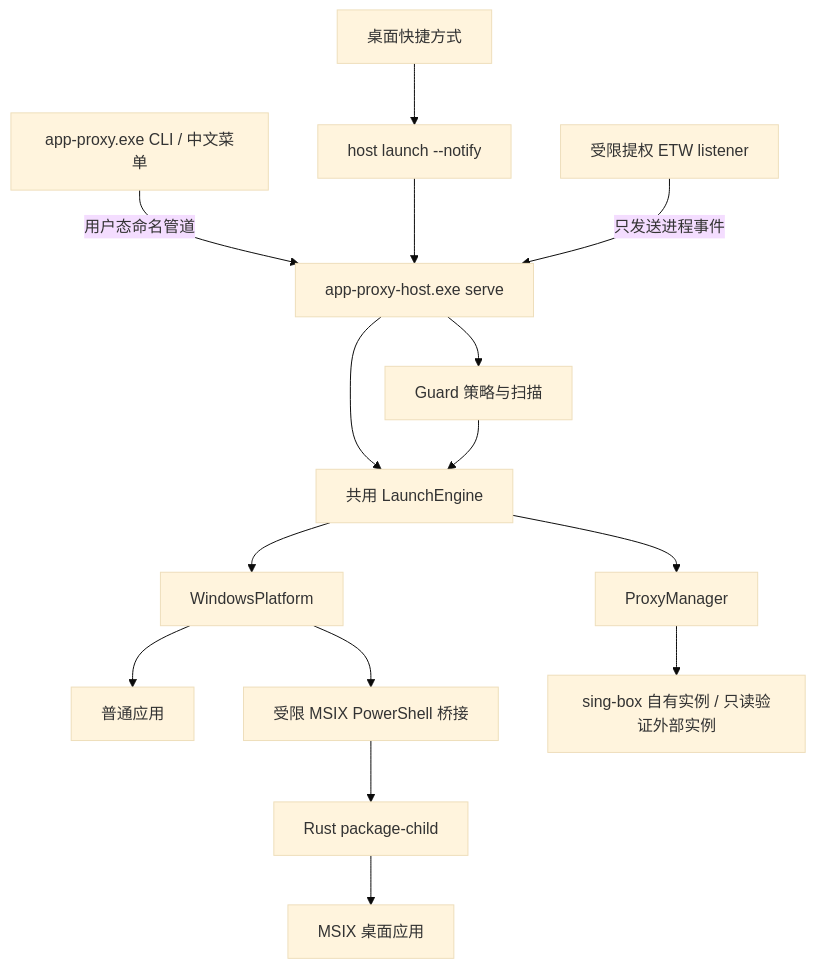
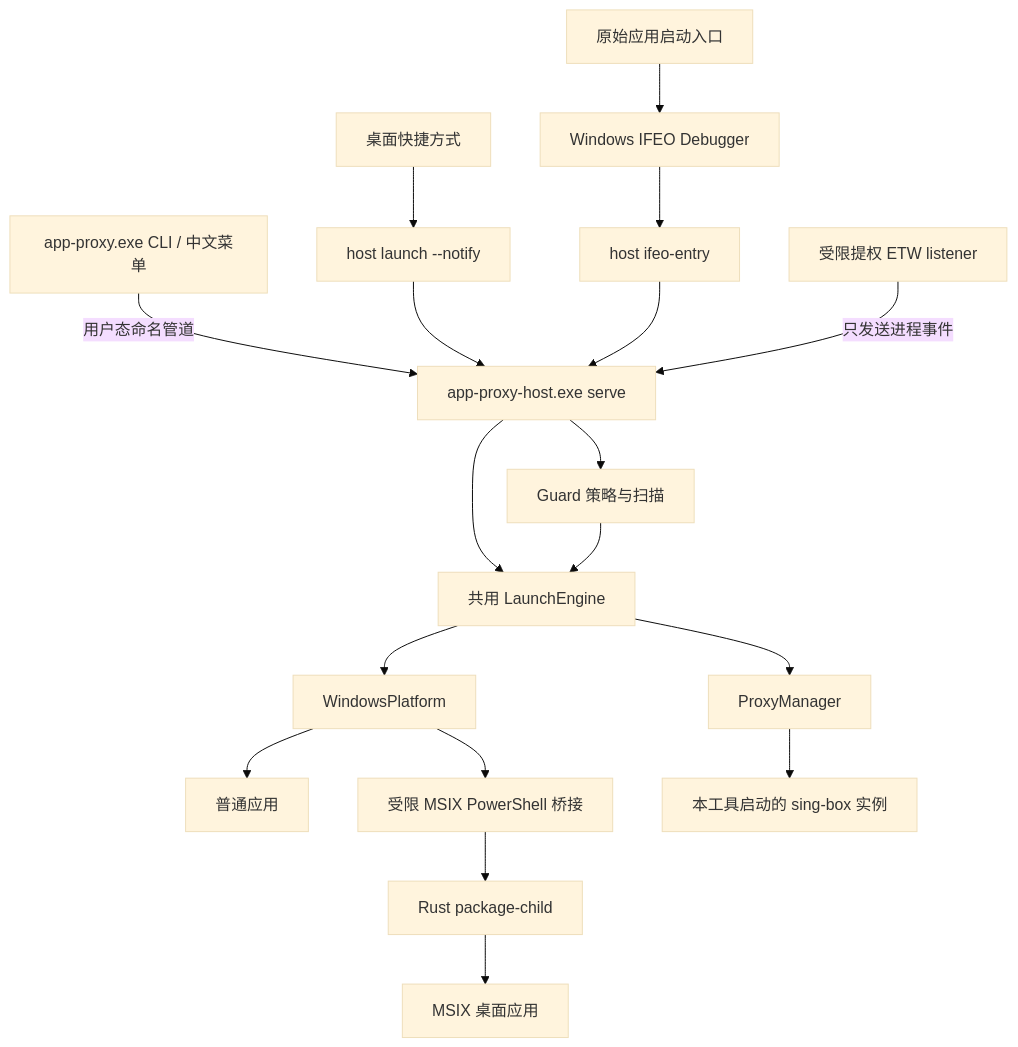
One commit to Klauxs/app_proxy changed the diagram in rust/docs/01-architecture.md. Above: the diagram before and after it, drawn with Mermaid (base theme). The commit also changed other lines of this file and 31 other files, not shown here.

````diff
--- a/rust/docs/01-architecture.md
+++ b/rust/docs/01-architecture.md
@@ -15,17 +17,20 @@
 ```mermaid
 flowchart TD
     CLI[app-proxy.exe CLI / 中文菜单] -->|用户态命名管道| C[app-proxy-host.exe serve]
     Link[桌面快捷方式] --> H[host launch --notify]
     H --> C
+    Original[原始应用启动入口] --> IFEO[Windows IFEO Debugger]
+    IFEO --> I[host ifeo-entry]
+    I --> C
     C --> E[共用 LaunchEngine]
     C --> G[Guard 策略与扫描]
     G --> E
     L[受限提权 ETW listener] -->|只发送进程事件| C
     E --> W[WindowsPlatform]
     E --> P[ProxyManager]
     W --> EXE[普通应用]
     W --> PS[受限 MSIX PowerShell 桥接]
     PS --> Child[Rust package-child]
     Child --> MSIX[MSIX 桌面应用]
-    P --> SB[sing-box 自有实例 / 只读验证外部实例]
+    P --> SB[本工具启动的 sing-box 实例]
 ```
````
